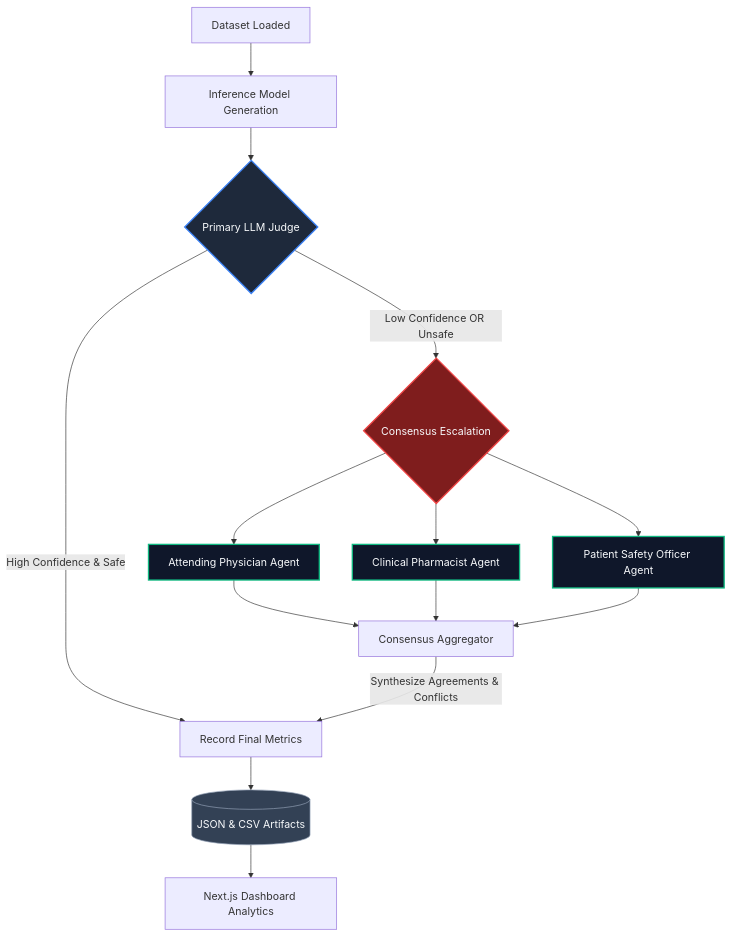
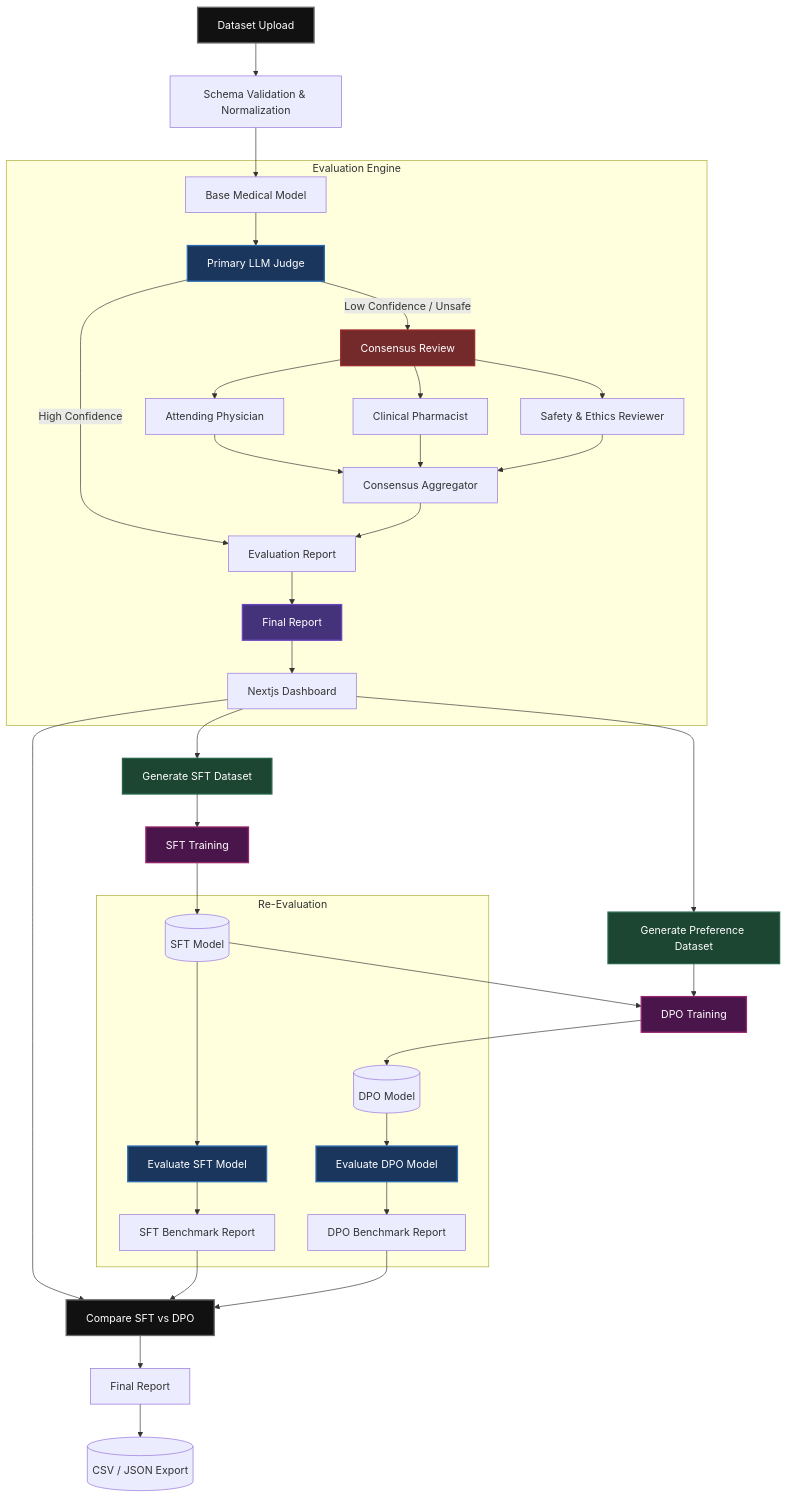
Before and after one commit to ankitgmishra/MedAlign: the diagram in README.md, drawn with Mermaid.

Commit message:
update mermaid architecture

````diff
--- a/README.md
+++ b/README.md
@@ -38,33 +38,111 @@
 ```mermaid
-graph TD
-    classDef primary fill:#1e293b,stroke:#3b82f6,stroke-width:2px,color:#f8fafc;
-    classDef agent fill:#0f172a,stroke:#10b981,stroke-width:2px,color:#f8fafc;
-    classDef output fill:#334155,stroke:#94a3b8,stroke-width:1px,color:#f8fafc;
-    classDef danger fill:#7f1d1d,stroke:#ef4444,stroke-width:2px,color:#f8fafc;
+flowchart TD
 
-    A[Dataset Loaded] --> B[Inference Model Generation]
-    B --> C{Primary LLM Judge}
-    class C primary;
+%% =====================================
+%% Styling
+%% =====================================
 
-    C -->|High Confidence & Safe| D[Record Final Metrics]
-    
-    C -->|Low Confidence OR Unsafe| E{Consensus Escalation}
-    class E danger;
+classDef highlight fill:#111111,stroke:#666,stroke-width:2px,color:#fff
+classDef eval fill:#1a365d,stroke:#2b6cb0,stroke-width:2px,color:#fff
+classDef train fill:#4a154b,stroke:#97266d,stroke-width:2px,color:#fff
+classDef gen fill:#1c4532,stroke:#276749,stroke-width:2px,color:#fff
+classDef inv fill:#44337a,stroke:#6b46c1,stroke-width:2px,color:#fff
+classDef consensus fill:#742a2a,stroke:#9b2c2c,stroke-width:2px,color:#fff
 
-    E --> F[Attending Physician Agent]
-    E --> G[Clinical Pharmacist Agent]
-    E --> H[Patient Safety Officer Agent]
-    
-    class F,G,H agent;
+%% =====================================
+%% Dataset
+%% =====================================
 
-    F --> I[Consensus Aggregator]
-    G --> I[Consensus Aggregator]
-    H --> I[Consensus Aggregator]
-    
-    I --> |Synthesize Agreements & Conflicts| D
+A[Dataset Upload]:::highlight
+A --> B[Schema Validation & Normalization]
 
-    D --> J[(JSON & CSV Artifacts)]
-    class J output;
-    
-    J --> K[Next.js Dashboard Analytics]
+%% =====================================
+%% Base Evaluation
+%% =====================================
+
+B --> C[Base Medical Model]
+
+subgraph EVAL["Evaluation Engine"]
+
+C --> D[Primary LLM Judge]:::eval
+
+D -->|High Confidence| E[Evaluation Report]
+
+D -->|Low Confidence / Unsafe| F[Consensus Review]:::consensus
+
+F --> F1[Attending Physician]
+
+F --> F2[Clinical Pharmacist]
+
+F --> F3[Safety & Ethics Reviewer]
+
+F1 --> G[Consensus Aggregator]
+F2 --> G
+F3 --> G
+
+G --> E
+
+E --> H[Final Report]:::inv
+
+H --> I[Nextjs Dashboard]
+
+end
+
+%% =====================================
+%% Dataset Generation
+%% =====================================
+
+I --> J[Generate SFT Dataset]:::gen
+
+I --> K[Generate Preference Dataset]:::gen
+
+%% =====================================
+%% SFT
+%% =====================================
+
+J --> L[SFT Training]:::train
+
+L --> M[(SFT Model)]
+
+%% =====================================
+%% DPO
+%% =====================================
+
+M --> N[DPO Training]:::train
+
+K --> N
+
+N --> O[(DPO Model)]
+
+%% =====================================
+%% Re-Evaluation
+%% =====================================
+
+subgraph RE["Re-Evaluation"]
+
+M --> P[Evaluate SFT Model]:::eval
+
+O --> Q[Evaluate DPO Model]:::eval
+
+P --> R[SFT Benchmark Report]
+
+Q --> S[DPO Benchmark Report]
+
+end
+
+%% =====================================
+%% Final Comparison
+%% =====================================
+
+I --> T
+
+R --> T
+
+S --> T
+
+T[Compare SFT vs DPO]:::highlight
+
+T --> U[Final Report]
+
+U --> V[(CSV / JSON Export)]
 ```
````
